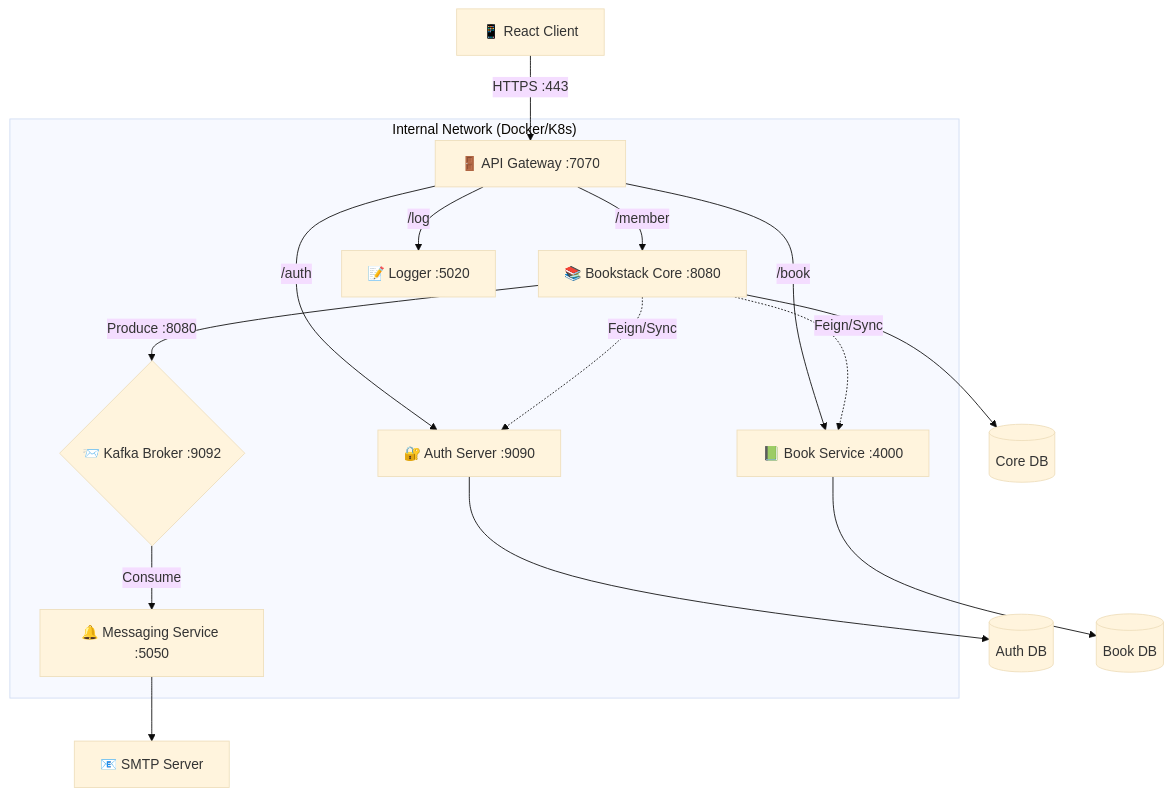
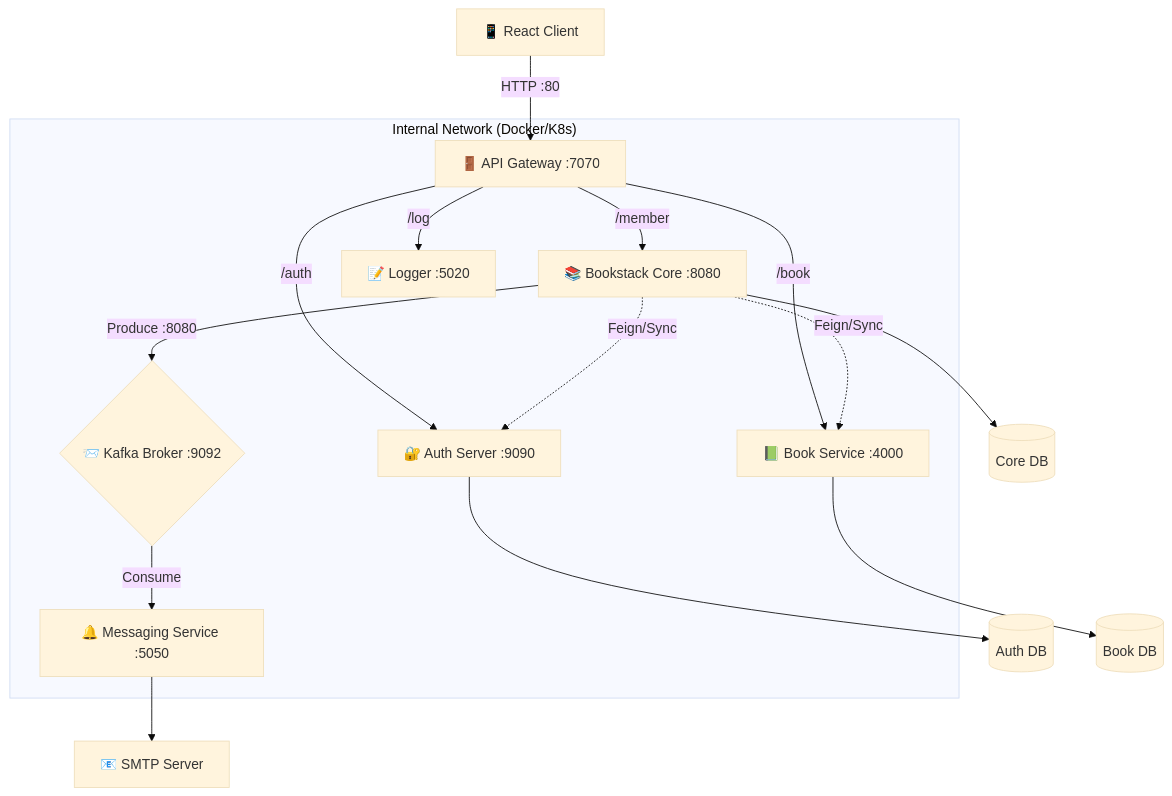
One commit to JBzZoN/Bookstack changed the second of 2 diagrams in docs/ARCHITECTURE.md. Above: the diagram before and after it, drawn with Mermaid (base theme). The commit also changed 13 other files, not shown here.

````diff
--- a/docs/ARCHITECTURE.md
+++ b/docs/ARCHITECTURE.md
@@ -43,22 +43,22 @@
 ```mermaid
 graph TD
-    Client[📱 React Client] -->|HTTPS :443| Gateway[🚪 API Gateway :7070]
+    Client[📱 React Client] -->|HTTP :80| Gateway[🚪 API Gateway :7070]
     
     subgraph "Internal Network (Docker/K8s)"
         Gateway -->|/auth| Auth[🔐 Auth Server :9090]
         Gateway -->|/member| Core[📚 Bookstack Core :8080]
         Gateway -->|/book| Catalog[📗 Book Service :4000]
         Gateway -->|/log| Logger[📝 Logger :5020]
         
         Core -.->|Feign/Sync| Catalog
         Core -.->|Feign/Sync| Auth
         
         Core -->|Produce :8080| Kafka{📨 Kafka Broker :9092}
         Kafka -->|Consume| Messaging[🔔 Messaging Service :5050]
     end
     
     Auth --> DB_Auth[(Auth DB)]
     Core --> DB_Core[(Core DB)]
     Catalog --> DB_Book[(Book DB)]
     Messaging --> SMTP[📧 SMTP Server]
 ```
````
